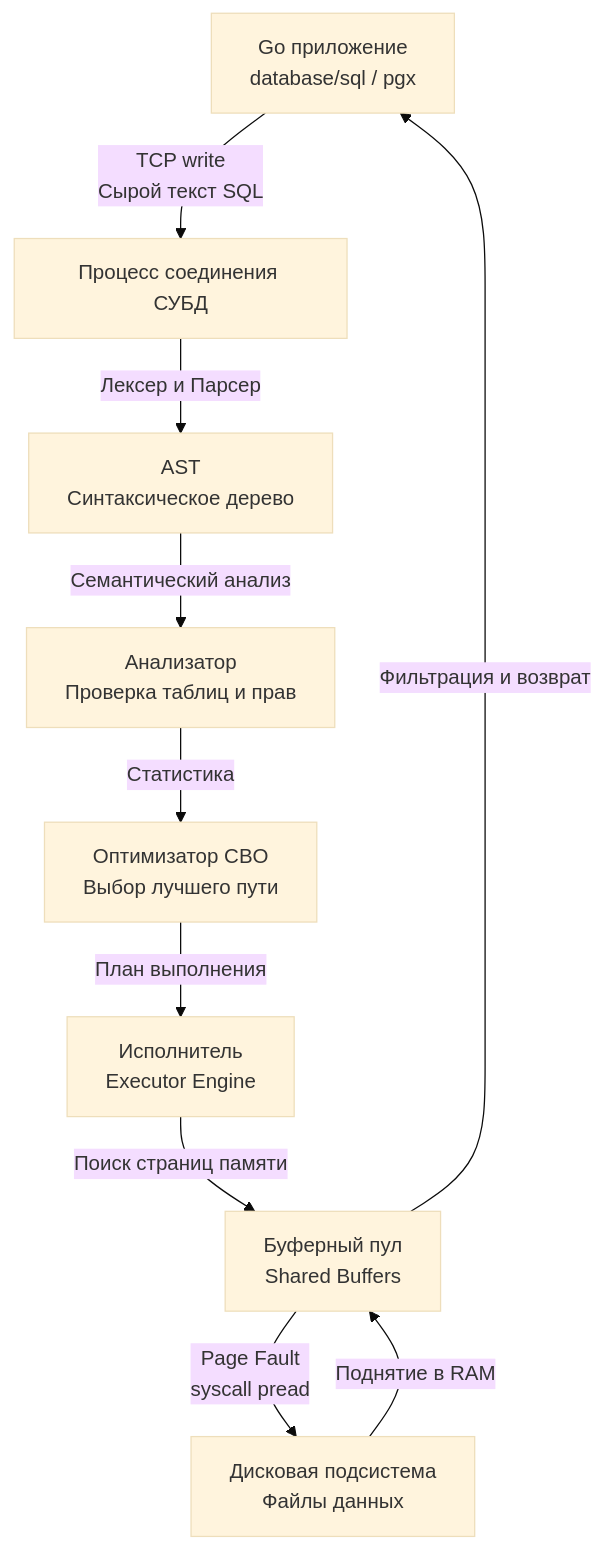
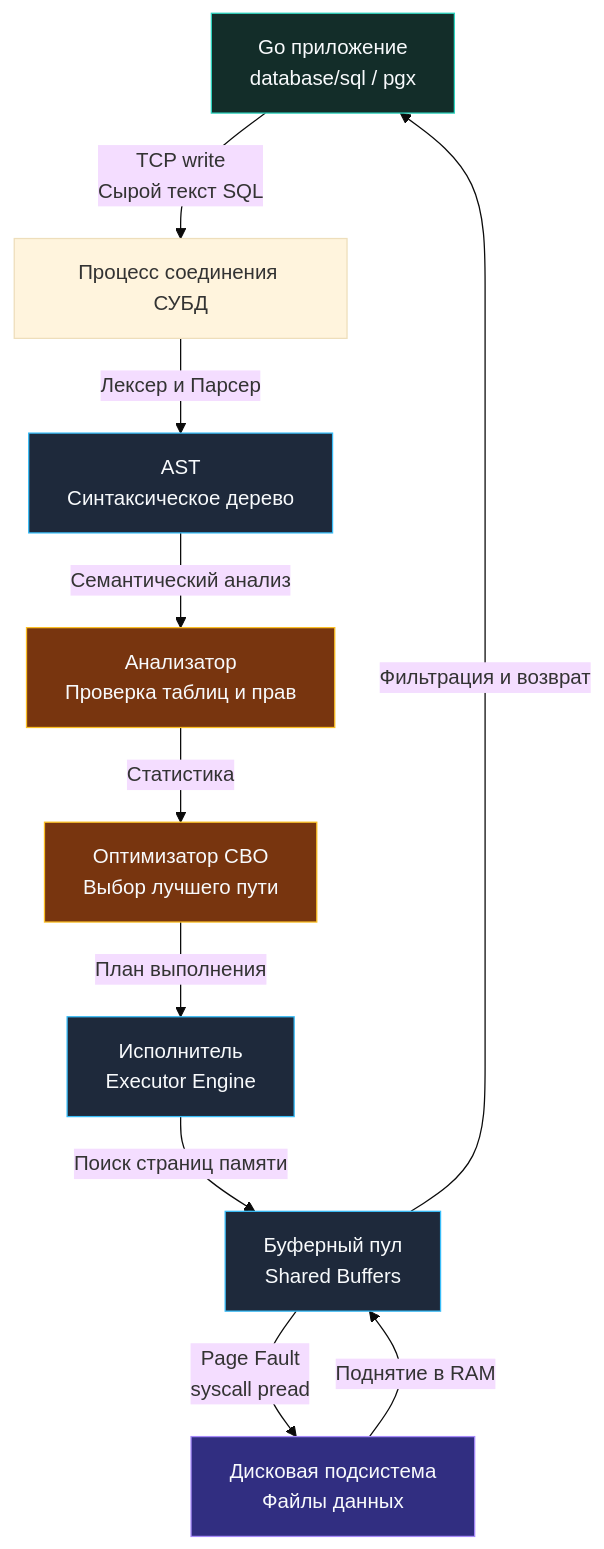
The first of 2 diagrams in sources/12. Базы данных/02. SQL базовый/1. Введение в SQL.md (UnrealTemplier/go-textbook), drawn with Mermaid (base theme) before and after one commit. The commit also changed other lines of this file and 1666 other files, not shown here.

First line of the commit message:
feat(mermaid): add semantic color classDef to 1369 colorless flowchart/graph diagrams

````diff
--- a/sources/12. Базы данных/02. SQL базовый/1. Введение в SQL.md
+++ b/sources/12. Базы данных/02. SQL базовый/1. Введение в SQL.md
@@ -23,12 +23,22 @@
 ```mermaid
 flowchart TD
-    Client["Go приложение<br>database/sql / pgx"]-->|"TCP write<br>Сырой текст SQL"| PGConn["Процесс соединения СУБД"]
-    PGConn-->|"Лексер и Парсер"| AST["AST<br>Синтаксическое дерево"]
-    AST-->|"Семантический анализ"| Analyzer["Анализатор<br>Проверка таблиц и прав"]
-    Analyzer-->|"Статистика"| Optimizer["Оптимизатор CBO<br>Выбор лучшего пути"]
-    Optimizer-->|"План выполнения"| Executor["Исполнитель<br>Executor Engine"]
-    Executor-->|"Поиск страниц памяти"| BufferPool["Буферный пул<br>Shared Buffers"]
-    BufferPool-->|"Page Fault<br>syscall pread"| Disk["Дисковая подсистема<br>Файлы данных"]
+    classDef process  fill:#1e293b,stroke:#38bdf8,stroke-width:1px,color:#f8fafc
+    classDef success  fill:#064e3b,stroke:#34d399,stroke-width:1px,color:#f8fafc
+    classDef error    fill:#7f1d1d,stroke:#f87171,stroke-width:1px,color:#f8fafc
+    classDef warning  fill:#78350f,stroke:#fbbf24,stroke-width:1px,color:#f8fafc
+    classDef entry    fill:#1e3a5f,stroke:#38bdf8,stroke-width:2px,color:#f8fafc
+    classDef aux      fill:#334155,stroke:#64748b,stroke-width:1px,color:#f8fafc
+    classDef system   fill:#312e81,stroke:#a78bfa,stroke-width:1px,color:#f8fafc
+    classDef data     fill:#132d29,stroke:#2dd4bf,stroke-width:1px,color:#f8fafc
+    classDef network  fill:#881337,stroke:#fb7185,stroke-width:1px,color:#f8fafc
+    classDef accent   fill:#1e1b4b,stroke:#818cf8,stroke-width:1px,color:#f8fafc
+    Client["Go приложение<br>database/sql / pgx"]:::data-->|"TCP write<br>Сырой текст SQL"| PGConn["Процесс соединения СУБД"]
+    PGConn-->|"Лексер и Парсер"| AST["AST<br>Синтаксическое дерево"]:::process
+    AST-->|"Семантический анализ"| Analyzer["Анализатор<br>Проверка таблиц и прав"]:::warning
+    Analyzer-->|"Статистика"| Optimizer["Оптимизатор CBO<br>Выбор лучшего пути"]:::warning
+    Optimizer-->|"План выполнения"| Executor["Исполнитель<br>Executor Engine"]:::process
+    Executor-->|"Поиск страниц памяти"| BufferPool["Буферный пул<br>Shared Buffers"]:::process
+    BufferPool-->|"Page Fault<br>syscall pread"| Disk["Дисковая подсистема<br>Файлы данных"]:::system
     Disk-->|"Поднятие в RAM"| BufferPool
     BufferPool-->|"Фильтрация и возврат"| Client
 ```
````
